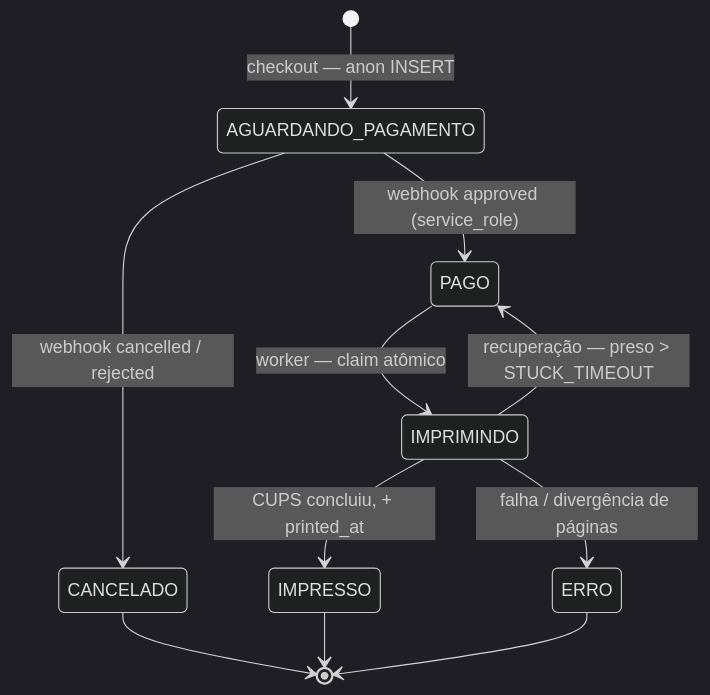
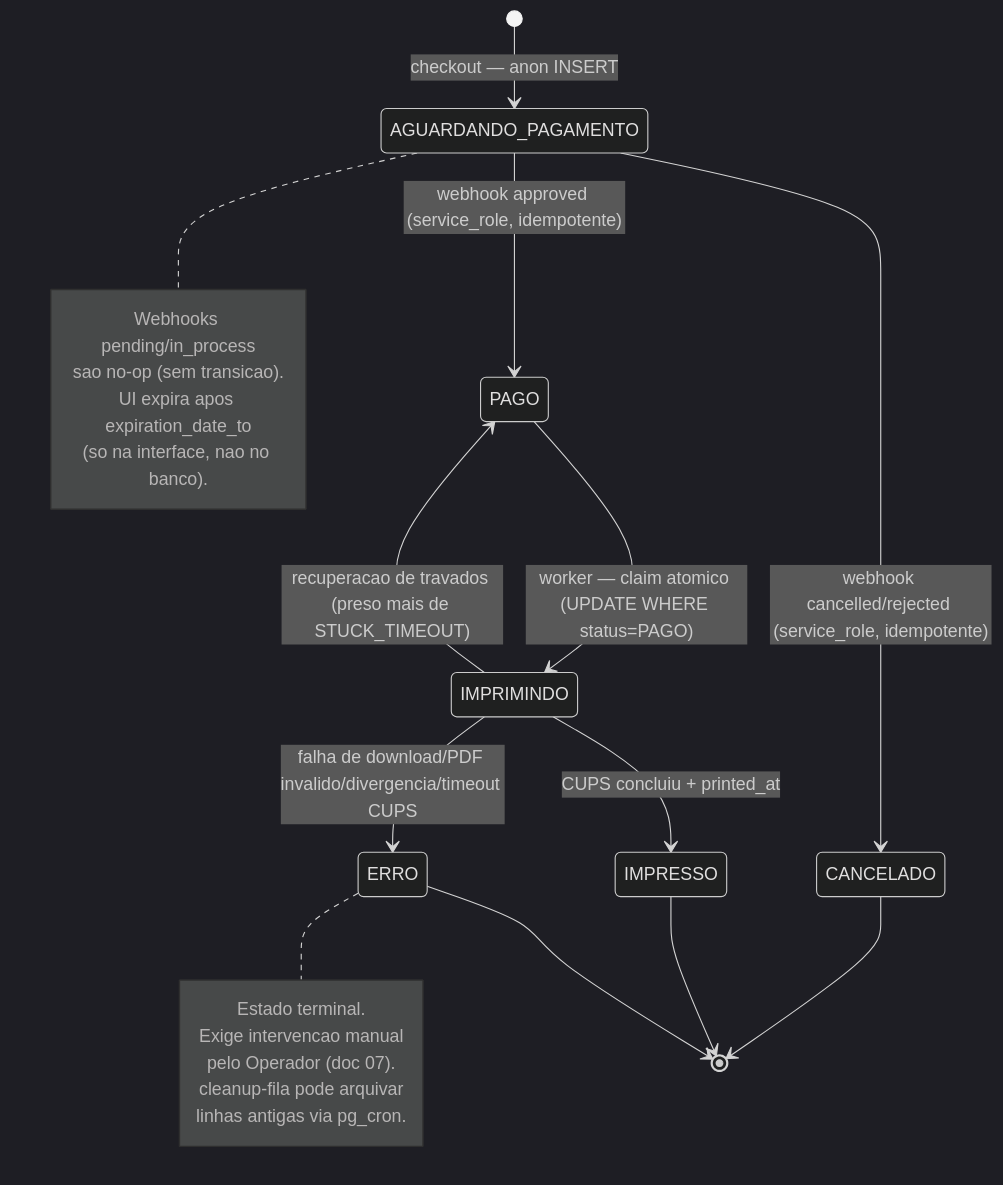
Before and after one commit to filpsl/webTitansFork: the fourth of 4 diagrams in docs/web-to-print/09-diagramas.md, drawn with Mermaid (dark theme). The commit also changed other lines of this file, not shown here.

First line of the commit message:
docs(web-to-print): revisar e corrigir 4 diagramas Mermaid do 09-diagramas.md

````diff
--- a/docs/web-to-print/09-diagramas.md
+++ b/docs/web-to-print/09-diagramas.md
@@ -137,13 +204,32 @@
 ```mermaid
 stateDiagram-v2
   [*] --> AGUARDANDO_PAGAMENTO: checkout — anon INSERT
-  AGUARDANDO_PAGAMENTO --> PAGO: webhook approved (service_role)
-  AGUARDANDO_PAGAMENTO --> CANCELADO: webhook cancelled / rejected
-  PAGO --> IMPRIMINDO: worker — claim atômico
-  IMPRIMINDO --> IMPRESSO: CUPS concluiu, + printed_at
-  IMPRIMINDO --> ERRO: falha / divergência de páginas
-  IMPRIMINDO --> PAGO: recuperação — preso > STUCK_TIMEOUT
+
+  AGUARDANDO_PAGAMENTO --> PAGO: webhook approved (service_role, idempotente)
+  AGUARDANDO_PAGAMENTO --> CANCELADO: webhook cancelled/rejected (service_role, idempotente)
+
+  PAGO --> IMPRIMINDO: worker — claim atomico (UPDATE WHERE status=PAGO)
+
+  IMPRIMINDO --> IMPRESSO: CUPS concluiu + printed_at
+  IMPRIMINDO --> ERRO: falha de download/PDF invalido/divergencia/timeout CUPS
+  IMPRIMINDO --> PAGO: recuperacao de travados (preso mais de STUCK_TIMEOUT)
+
+  note right of AGUARDANDO_PAGAMENTO
+    Webhooks pending/in_process
+    sao no-op (sem transicao).
+    UI expira apos expiration_date_to
+    (so na interface, nao no banco).
+  end note
+
+  note right of ERRO
+    Estado terminal.
+    Exige intervencao manual
+    pelo Operador (doc 07).
+    cleanup-fila pode arquivar
+    linhas antigas via pg_cron.
+  end note
+
   CANCELADO --> [*]
   IMPRESSO --> [*]
   ERRO --> [*]
 ```
````
